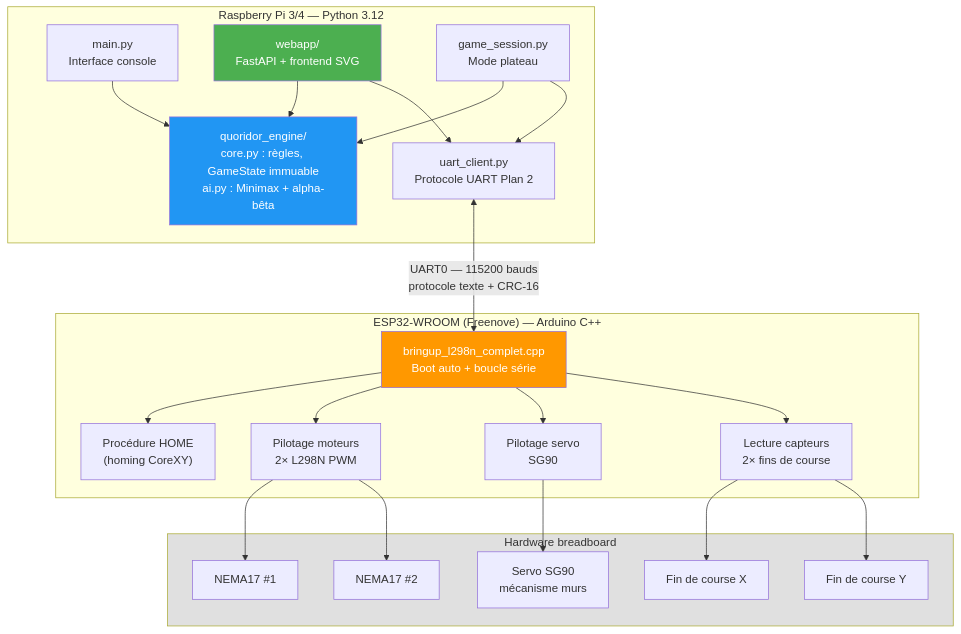
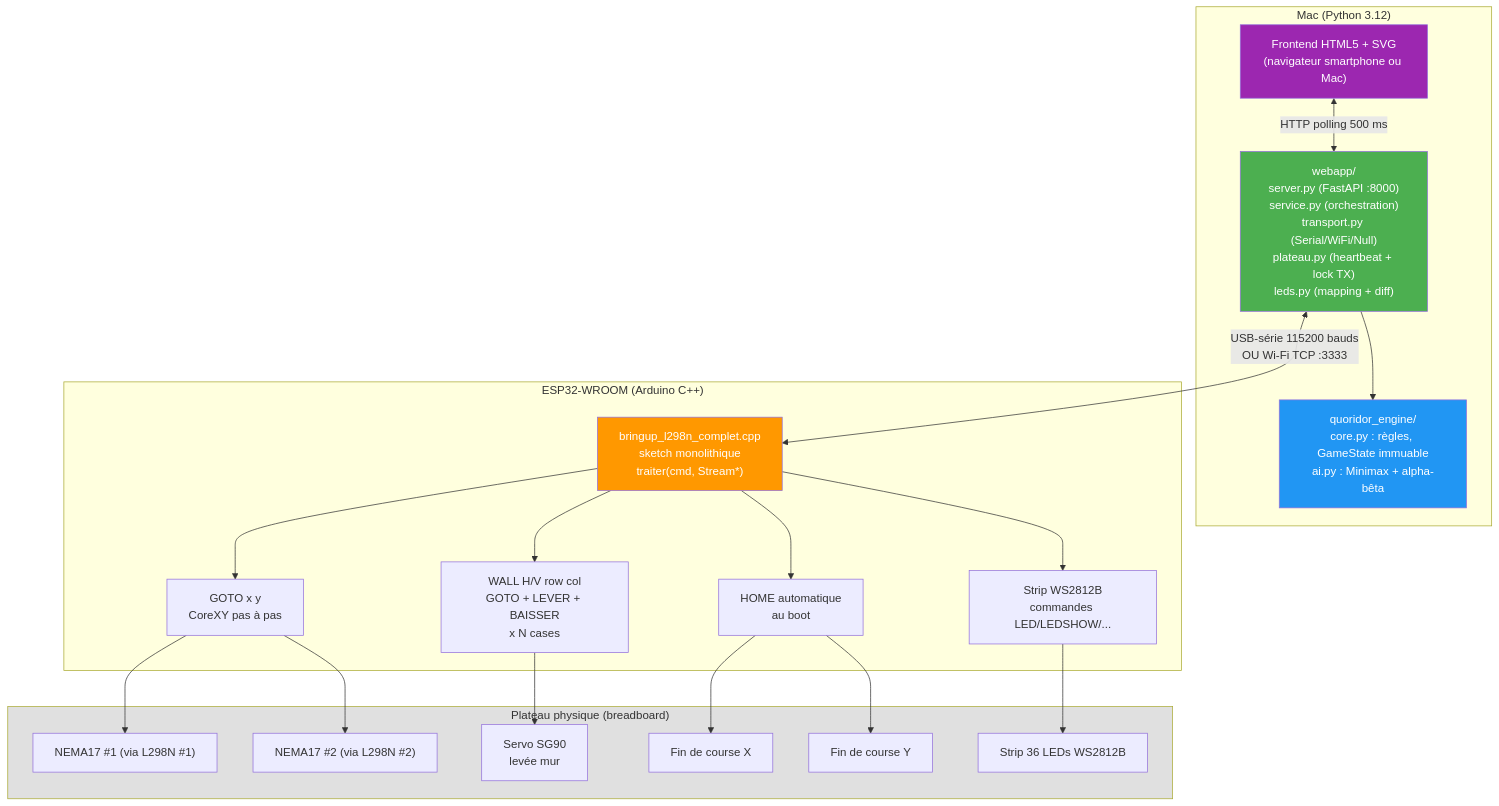
Before and after one commit to Silou1/Projet_mecatronique_I3: the first of 3 diagrams in docs/flowcharts/01_vue_generale.md, drawn with Mermaid. The commit also changed other lines of this file and 20 other files, not shown here.

````diff
--- a/docs/flowcharts/01_vue_generale.md
+++ b/docs/flowcharts/01_vue_generale.md
@@ -9,47 +16,45 @@
 ```mermaid
 graph TB
-    subgraph RPI["Raspberry Pi 3/4 — Python 3.12"]
+    subgraph MAC["Mac (Python 3.12)"]
         ENGINE["quoridor_engine/<br/>core.py : règles, GameState immuable<br/>ai.py : Minimax + alpha-bêta"]
-        CONSOLE["main.py<br/>Interface console"]
-        WEBAPP["webapp/<br/>FastAPI + frontend SVG"]
-        SESSION["game_session.py<br/>Mode plateau"]
-        UARTC["uart_client.py<br/>Protocole UART Plan 2"]
-        CONSOLE --> ENGINE
+        WEBAPP["webapp/<br/>server.py (FastAPI :8000)<br/>service.py (orchestration)<br/>transport.py (Serial/WiFi/Null)<br/>plateau.py (heartbeat + lock TX)<br/>leds.py (mapping + diff)"]
+        FRONT["Frontend HTML5 + SVG<br/>(navigateur smartphone ou Mac)"]
         WEBAPP --> ENGINE
-        SESSION --> ENGINE
-        SESSION --> UARTC
-        WEBAPP --> UARTC
+        FRONT <-->|HTTP polling 500 ms| WEBAPP
     end
 
-    subgraph ESP["ESP32-WROOM (Freenove) — Arduino C++"]
-        BRINGUP["bringup_l298n_complet.cpp<br/>Boot auto + boucle série"]
-        HOME["Procédure HOME<br/>(homing CoreXY)"]
-        MOTORS["Pilotage moteurs<br/>2× L298N PWM"]
-        SERVO["Pilotage servo<br/>SG90"]
-        SENSORS["Lecture capteurs<br/>2× fins de course"]
+    subgraph ESP["ESP32-WROOM (Arduino C++)"]
+        BRINGUP["bringup_l298n_complet.cpp<br/>sketch monolithique<br/>traiter(cmd, Stream*)"]
+        HOME["HOME automatique<br/>au boot"]
+        GOTO["GOTO x y<br/>CoreXY pas à pas"]
+        WALL["WALL H/V row col<br/>GOTO + LEVER + BAISSER<br/>x N cases"]
+        LEDS["Strip WS2812B<br/>commandes LED/LEDSHOW/..."]
         BRINGUP --> HOME
-        BRINGUP --> MOTORS
-        BRINGUP --> SERVO
-        BRINGUP --> SENSORS
+        BRINGUP --> GOTO
+        BRINGUP --> WALL
+        BRINGUP --> LEDS
     end
 
-    subgraph HW["Hardware breadboard"]
-        M1["NEMA17 #1"]
-        M2["NEMA17 #2"]
-        SG["Servo SG90<br/>mécanisme murs"]
+    subgraph HW["Plateau physique (breadboard)"]
+        M1["NEMA17 #1 (via L298N #1)"]
+        M2["NEMA17 #2 (via L298N #2)"]
+        SG["Servo SG90<br/>levée mur"]
         FCX["Fin de course X"]
         FCY["Fin de course Y"]
+        STRIP["Strip 36 LEDs WS2812B"]
     end
 
-    UARTC <-->|"UART0 — 115200 bauds<br/>protocole texte + CRC-16"| BRINGUP
-    MOTORS --> M1
-    MOTORS --> M2
-    SERVO --> SG
-    SENSORS --> FCX
-    SENSORS --> FCY
+    WEBAPP <-->|"USB-série 115200 bauds<br/>OU Wi-Fi TCP :3333"| BRINGUP
+    GOTO --> M1
+    GOTO --> M2
+    WALL --> SG
+    HOME --> FCX
+    HOME --> FCY
+    LEDS --> STRIP
 
     style ENGINE fill:#2196F3,color:#fff
     style BRINGUP fill:#FF9800,color:#fff
     style WEBAPP fill:#4CAF50,color:#fff
+    style FRONT fill:#9C27B0,color:#fff
     style HW fill:#E0E0E0
 ```
````
